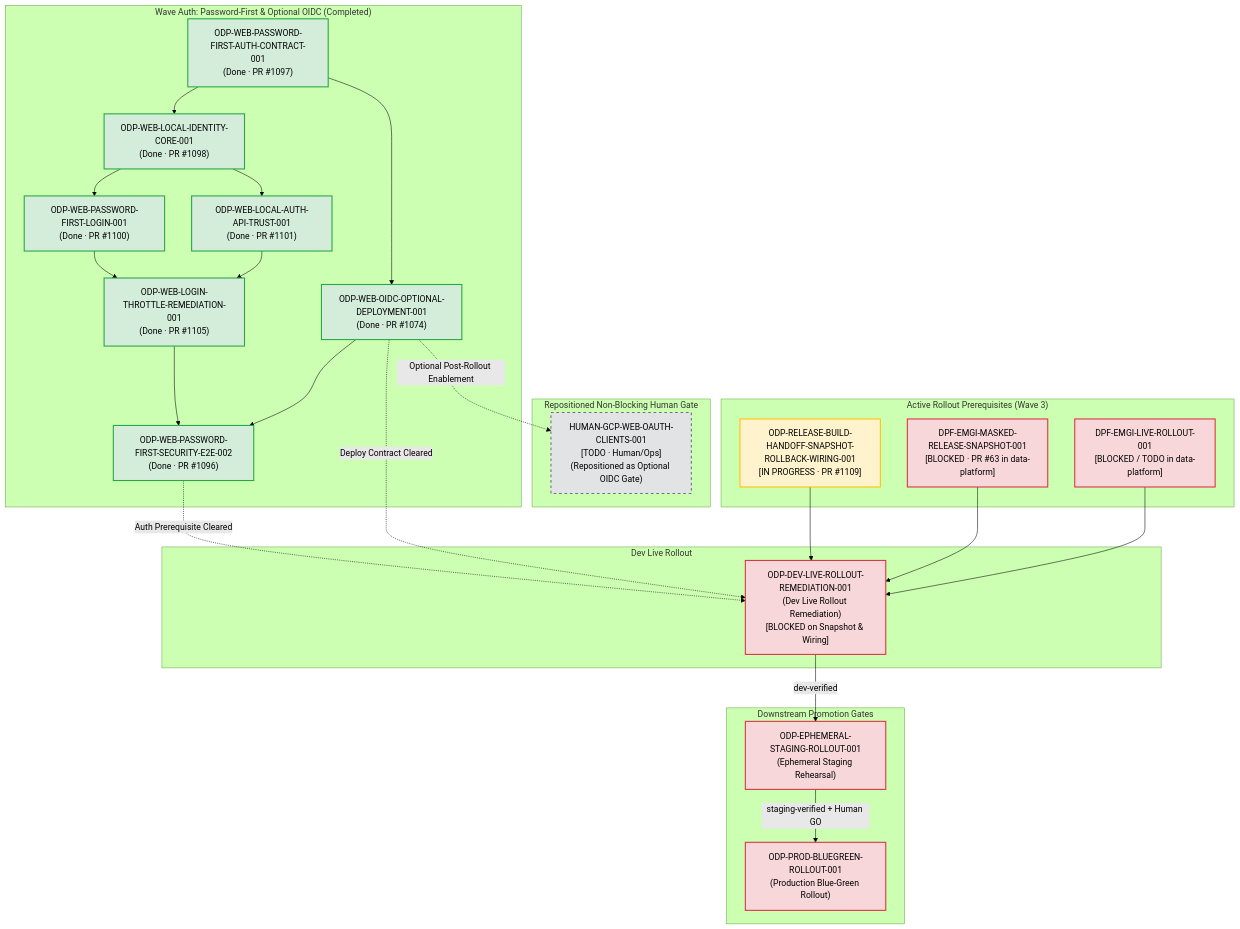
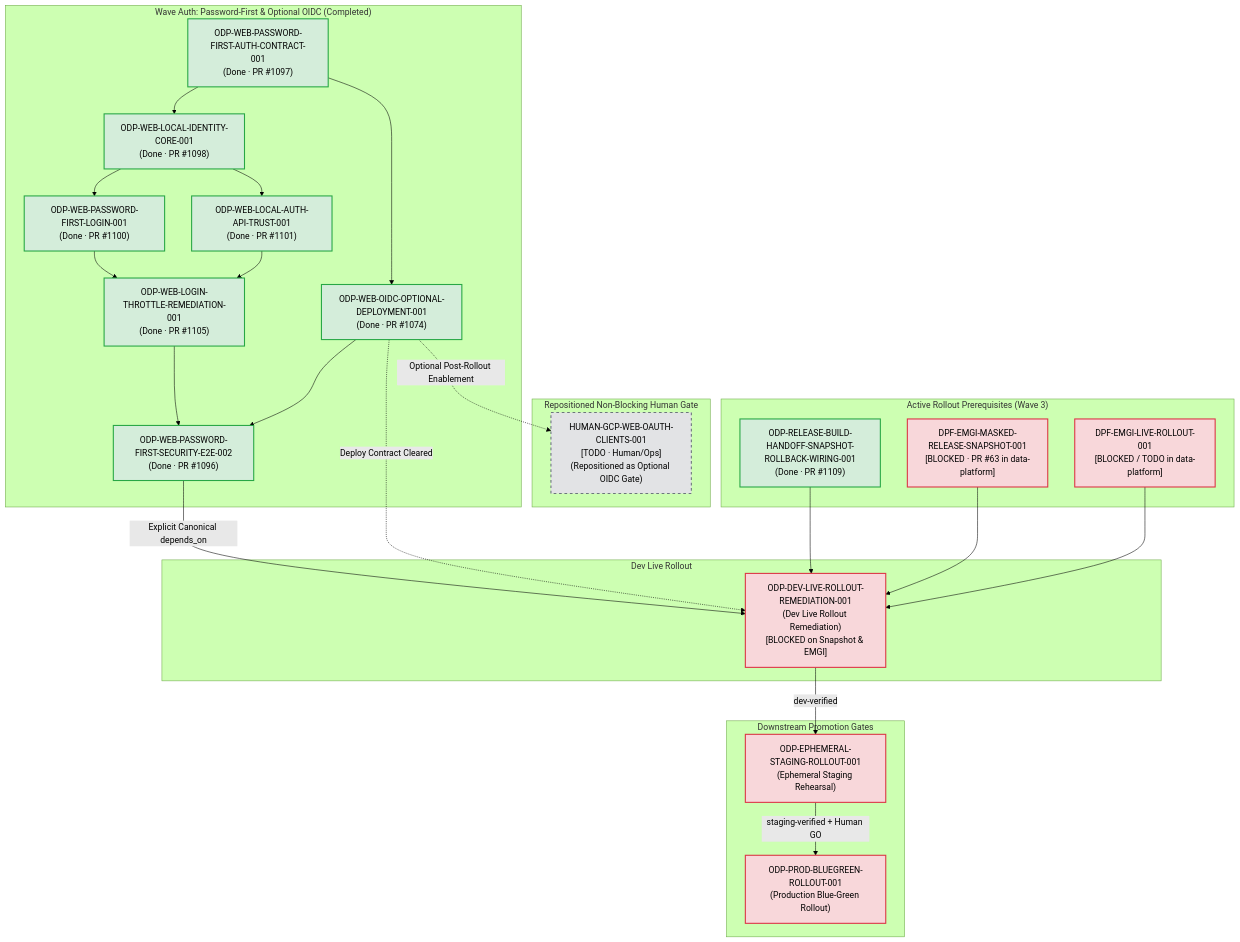
The diagram in docs/evidence/runtime/ODP-WEB-OAUTH-GATE-RETARGET-001/updated-rollout-dependency-graph.md (alfloop-dev/odayplus), drawn with Mermaid (forest theme) before and after one commit. The commit also changed other lines of this file and 3 other files, not shown here.

First line of the commit message:
ODP-WEB-OAUTH-GATE-RETARGET-001: retarget rollout gate to password-first

````diff
--- a/docs/evidence/runtime/ODP-WEB-OAUTH-GATE-RETARGET-001/updated-rollout-dependency-graph.md
+++ b/docs/evidence/runtime/ODP-WEB-OAUTH-GATE-RETARGET-001/updated-rollout-dependency-graph.md
@@ -12,59 +14,58 @@
 ```mermaid
 flowchart TD
     subgraph Wave_Auth ["Wave Auth: Password-First & Optional OIDC (Completed)"]
         AUTH_CONTRACT["ODP-WEB-PASSWORD-FIRST-AUTH-CONTRACT-001<br/>(Done · PR #1097)"]
         LOCAL_CORE["ODP-WEB-LOCAL-IDENTITY-CORE-001<br/>(Done · PR #1098)"]
         LOGIN_ROUTE["ODP-WEB-PASSWORD-FIRST-LOGIN-001<br/>(Done · PR #1100)"]
         API_TRUST["ODP-WEB-LOCAL-AUTH-API-TRUST-001<br/>(Done · PR #1101)"]
         THROTTLE["ODP-WEB-LOGIN-THROTTLE-REMEDIATION-001<br/>(Done · PR #1105)"]
         OIDC_OPT["ODP-WEB-OIDC-OPTIONAL-DEPLOYMENT-001<br/>(Done · PR #1074)"]
         SEC_E2E["ODP-WEB-PASSWORD-FIRST-SECURITY-E2E-002<br/>(Done · PR #1096)"]
 
         AUTH_CONTRACT --> LOCAL_CORE & OIDC_OPT
         LOCAL_CORE --> LOGIN_ROUTE & API_TRUST
         LOGIN_ROUTE & API_TRUST --> THROTTLE
         THROTTLE & OIDC_OPT --> SEC_E2E
     end
 
     subgraph Repositioned_Human_Gate ["Repositioned Non-Blocking Human Gate"]
         HUMAN_OAUTH["HUMAN-GCP-WEB-OAUTH-CLIENTS-001<br/>[TODO · Human/Ops]<br/>(Repositioned as Optional OIDC Gate)"]
     end
 
     subgraph Active_Rollout_Blockers ["Active Rollout Prerequisites (Wave 3)"]
-        WIRING["ODP-RELEASE-BUILD-HANDOFF-SNAPSHOT-ROLLBACK-WIRING-001<br/>[IN PROGRESS · PR #1109]"]
+        WIRING["ODP-RELEASE-BUILD-HANDOFF-SNAPSHOT-ROLLBACK-WIRING-001<br/>(Done · PR #1109)"]
         MASKED_SNAP["DPF-EMGI-MASKED-RELEASE-SNAPSHOT-001<br/>[BLOCKED · PR #63 in data-platform]"]
         DPF_ROLLOUT["DPF-EMGI-LIVE-ROLLOUT-001<br/>[BLOCKED / TODO in data-platform]"]
     end
 
     subgraph Dev_Rollout ["Dev Live Rollout"]
-        DEV_REMED["ODP-DEV-LIVE-ROLLOUT-REMEDIATION-001<br/>(Dev Live Rollout Remediation)<br/>[BLOCKED on Snapshot & Wiring]"]
+        DEV_REMED["ODP-DEV-LIVE-ROLLOUT-REMEDIATION-001<br/>(Dev Live Rollout Remediation)<br/>[BLOCKED on Snapshot & EMGI]"]
     end
 
     subgraph Downstream_Rollout_Gates ["Downstream Promotion Gates"]
         STAGING["ODP-EPHEMERAL-STAGING-ROLLOUT-001<br/>(Ephemeral Staging Rehearsal)"]
         PROD["ODP-PROD-BLUEGREEN-ROLLOUT-001<br/>(Production Blue-Green Rollout)"]
     end
 
     %% Retargeted flow:
-    SEC_E2E -.->|Auth Prerequisite Cleared| DEV_REMED
+    SEC_E2E -->|Explicit Canonical depends_on| DEV_REMED
     OIDC_OPT -.->|Deploy Contract Cleared| DEV_REMED
     WIRING --> DEV_REMED
     MASKED_SNAP --> DEV_REMED
     DPF_ROLLOUT --> DEV_REMED
 
     DEV_REMED -->|dev-verified| STAGING
     STAGING -->|staging-verified + Human GO| PROD
 
     %% Optional path:
     OIDC_OPT -.->|Optional Post-Rollout Enablement| HUMAN_OAUTH
 
     classDef done fill:#d4edda,stroke:#28a745,stroke-width:2px;
     classDef blocked fill:#f8d7da,stroke:#dc3545,stroke-width:2px;
     classDef inprogress fill:#fff3cd,stroke:#ffc107,stroke-width:2px;
     classDef optional fill:#e2e3e5,stroke:#6c757d,stroke-width:2px,stroke-dasharray: 5 5;
 
-    class AUTH_CONTRACT,LOCAL_CORE,LOGIN_ROUTE,API_TRUST,THROTTLE,OIDC_OPT,SEC_E2E done;
-    class WIRING inprogress;
+    class AUTH_CONTRACT,LOCAL_CORE,LOGIN_ROUTE,API_TRUST,THROTTLE,OIDC_OPT,SEC_E2E,WIRING done;
     class MASKED_SNAP,DPF_ROLLOUT,DEV_REMED,STAGING,PROD blocked;
     class HUMAN_OAUTH optional;
 ```
````
